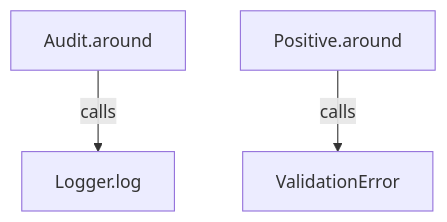
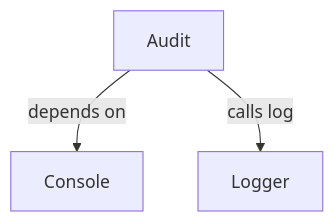
Before and after one commit to GreenPandaStudios/augscript: the first of 4 diagrams in docs/examples/interceptors/interceptors-diagrams.md, drawn with Mermaid. The commit also changed other lines of this file and 304 other files, not shown here.

Commit message:
Make generated data-flow sequences concise and review every diagram

````diff
--- a/docs/examples/interceptors/interceptors-diagrams.md
+++ b/docs/examples/interceptors/interceptors-diagrams.md
@@ -33,9 +19,8 @@
 ```mermaid
 flowchart TD
-    n0["Audit.around"]
-    n1["Positive.around"]
-    n2["ValidationError"]
-    n3["Logger.log"]
-    n0 -->|"calls"| n3
-    n1 -->|"calls"| n2
+    n0["Console"]
+    n1["Audit"]
+    n2["Logger"]
+    n1 -->|"depends on"| n0
+    n1 -->|"calls log"| n2
 ```
````
